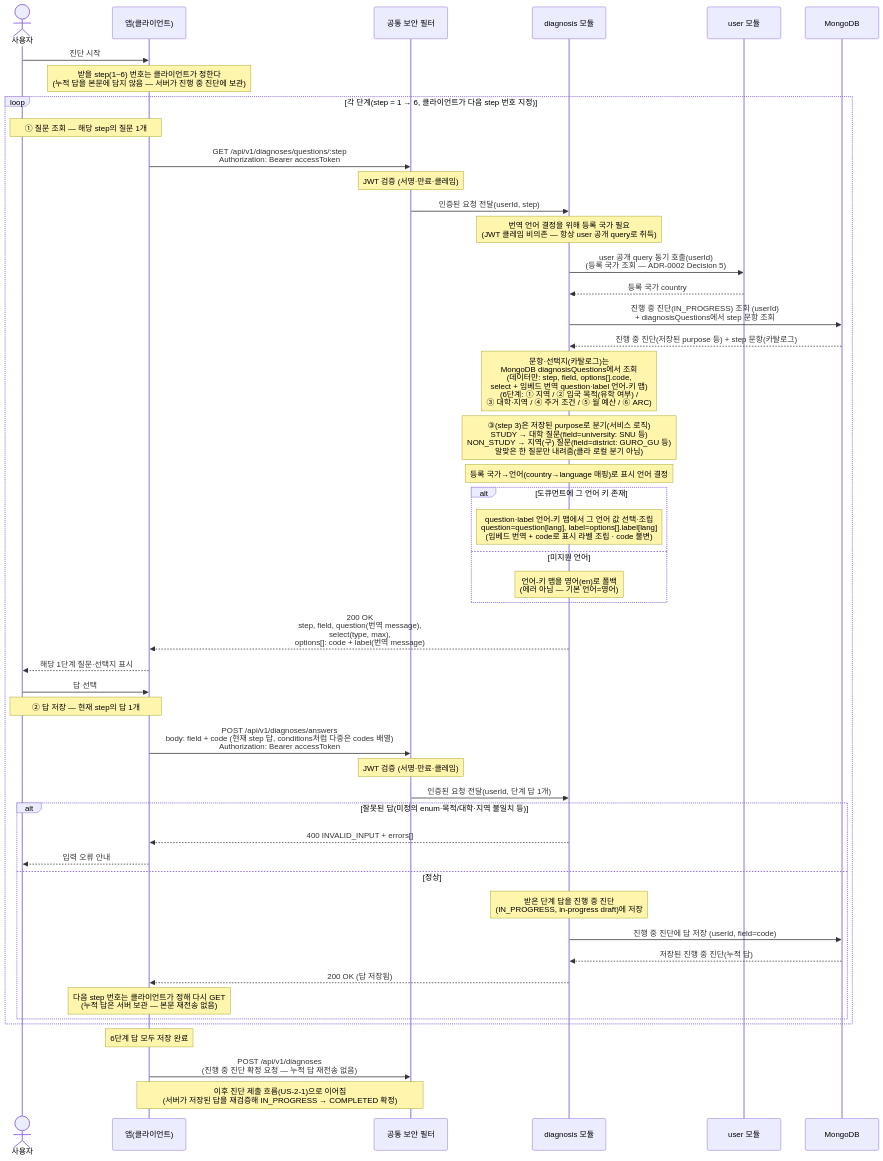
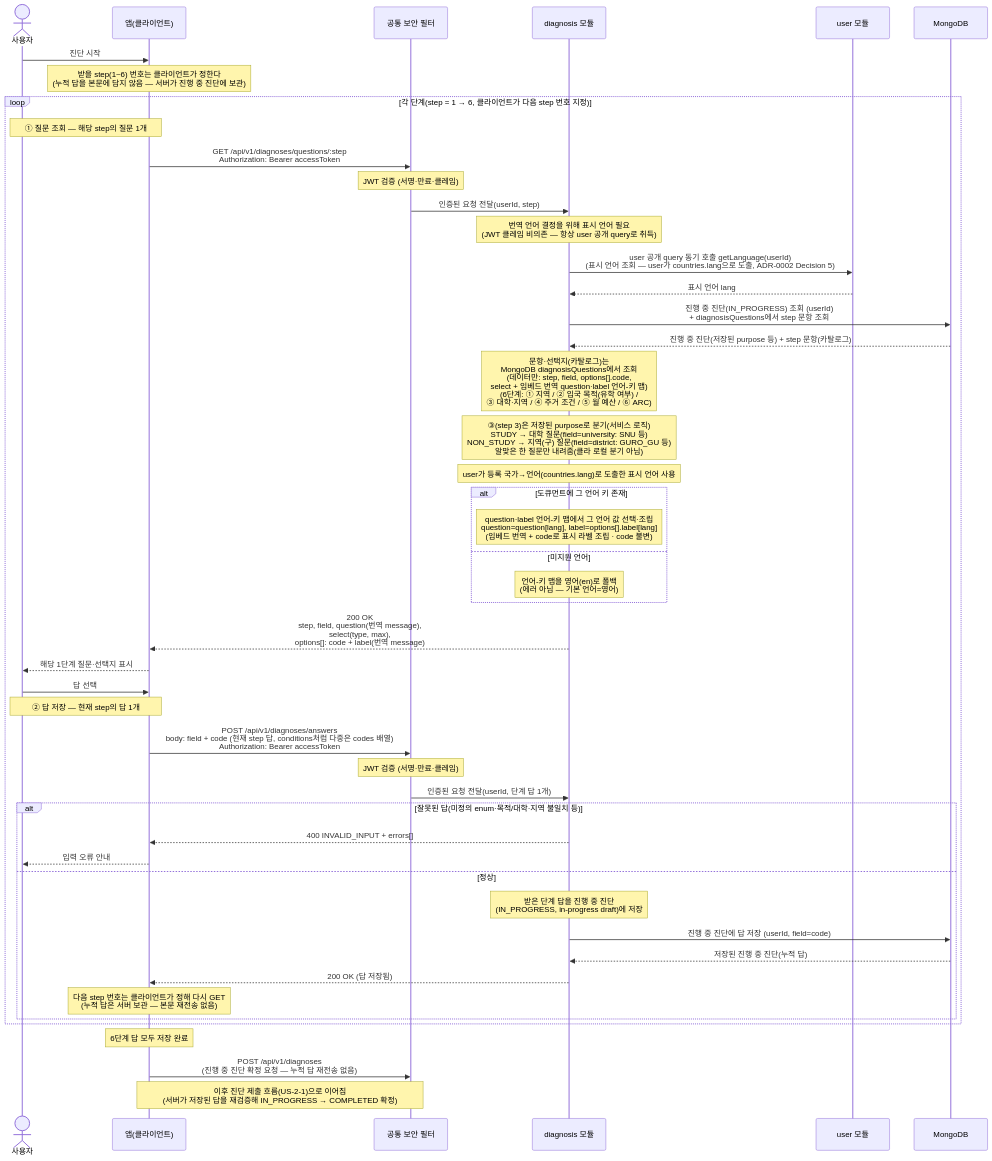
One commit to jameskim9509/Kohere-backend changed the diagram in docs/architecture/sequence-diagrams/02-diagnosis-recommendation/us-2-5-2-6-diagnosis-questions.md. Above: the diagram before and after it, drawn with Mermaid. The commit also changed other lines of this file and 9 other files, not shown here.

First line of the commit message:
docs(diagnosis): 진단 i18n 문서 정합(countries.lang·diagnosisSuggestions)

````diff
--- a/docs/architecture/sequence-diagrams/02-diagnosis-recommendation/us-2-5-2-6-diagnosis-questions.md
+++ b/docs/architecture/sequence-diagrams/02-diagnosis-recommendation/us-2-5-2-6-diagnosis-questions.md
@@ -5,54 +5,54 @@
 ```mermaid
 sequenceDiagram
     actor U as 사용자
     participant C as 앱(클라이언트)
     participant SEC as 공통 보안 필터
     participant DIAG as diagnosis 모듈
     participant USER as user 모듈
     participant DB as MongoDB
 
     U->>C: 진단 시작
     Note over C: 받을 step(1~6) 번호는 클라이언트가 정한다<br/>(누적 답을 본문에 담지 않음 — 서버가 진행 중 진단에 보관)
 
     loop 각 단계(step = 1 → 6, 클라이언트가 다음 step 번호 지정)
         Note over U,C: ① 질문 조회 — 해당 step의 질문 1개
         C->>SEC: GET /api/v1/diagnoses/questions/:step<br/>Authorization: Bearer accessToken
         Note over SEC: JWT 검증 (서명·만료·클레임)
         SEC->>DIAG: 인증된 요청 전달(userId, step)
-        Note over DIAG: 번역 언어 결정을 위해 등록 국가 필요<br/>(JWT 클레임 비의존 — 항상 user 공개 query로 취득)
-        DIAG->>USER: user 공개 query 동기 호출(userId)<br/>(등록 국가 조회 — ADR-0002 Decision 5)
-        USER-->>DIAG: 등록 국가 country
+        Note over DIAG: 번역 언어 결정을 위해 표시 언어 필요<br/>(JWT 클레임 비의존 — 항상 user 공개 query로 취득)
+        DIAG->>USER: user 공개 query 동기 호출 getLanguage(userId)<br/>(표시 언어 조회 — user가 countries.lang으로 도출, ADR-0002 Decision 5)
+        USER-->>DIAG: 표시 언어 lang
         DIAG->>DB: 진행 중 진단(IN_PROGRESS) 조회 (userId)<br/>+ diagnosisQuestions에서 step 문항 조회
         DB-->>DIAG: 진행 중 진단(저장된 purpose 등) + step 문항(카탈로그)
         Note over DIAG: 문항·선택지(카탈로그)는<br/>MongoDB diagnosisQuestions에서 조회<br/>(데이터만: step, field, options[].code,<br/>select + 임베드 번역 question·label 언어-키 맵)<br/>(6단계: ① 지역 / ② 입국 목적(유학 여부) /<br/>③ 대학·지역 / ④ 주거 조건 / ⑤ 월 예산 / ⑥ ARC)
         Note over DIAG: ③(step 3)은 저장된 purpose로 분기(서비스 로직)<br/>STUDY → 대학 질문(field=university: SNU 등)<br/>NON_STUDY → 지역(구) 질문(field=district: GURO_GU 등)<br/>알맞은 한 질문만 내려줌(클라 로컬 분기 아님)
-        Note over DIAG: 등록 국가→언어(country→language 매핑)로 표시 언어 결정
+        Note over DIAG: user가 등록 국가→언어(countries.lang)로 도출한 표시 언어 사용
         alt 도큐먼트에 그 언어 키 존재
             Note over DIAG: question·label 언어-키 맵에서 그 언어 값 선택·조립<br/>question=question[lang], label=options[].label[lang]<br/>(임베드 번역 + code로 표시 라벨 조립 · code 불변)
         else 미지원 언어
             Note over DIAG: 언어-키 맵을 영어(en)로 폴백<br/>(에러 아님 — 기본 언어=영어)
         end
         DIAG-->>C: 200 OK<br/>step, field, question(번역 message),<br/>select(type, max),<br/>options[]: code + label(번역 message)
         C-->>U: 해당 1단계 질문·선택지 표시
         U->>C: 답 선택
 
         Note over U,C: ② 답 저장 — 현재 step의 답 1개
         C->>SEC: POST /api/v1/diagnoses/answers<br/>body: field + code (현재 step 답, conditions처럼 다중은 codes 배열)<br/>Authorization: Bearer accessToken
         Note over SEC: JWT 검증 (서명·만료·클레임)
         SEC->>DIAG: 인증된 요청 전달(userId, 단계 답 1개)
         alt 잘못된 답(미정의 enum·목적/대학·지역 불일치 등)
             DIAG-->>C: 400 INVALID_INPUT + errors[]
             C-->>U: 입력 오류 안내
         else 정상
             Note over DIAG: 받은 단계 답을 진행 중 진단<br/>(IN_PROGRESS, in-progress draft)에 저장
             DIAG->>DB: 진행 중 진단에 답 저장 (userId, field=code)
             DB-->>DIAG: 저장된 진행 중 진단(누적 답)
             DIAG-->>C: 200 OK (답 저장됨)
             Note over C: 다음 step 번호는 클라이언트가 정해 다시 GET<br/>(누적 답은 서버 보관 — 본문 재전송 없음)
         end
     end
 
     Note over C: 6단계 답 모두 저장 완료
     C->>SEC: POST /api/v1/diagnoses<br/>(진행 중 진단 확정 요청 — 누적 답 재전송 없음)
     Note over C,SEC: 이후 진단 제출 흐름(US-2-1)으로 이어짐<br/>(서버가 저장된 답을 재검증해 IN_PROGRESS → COMPLETED 확정)
 ```
````
